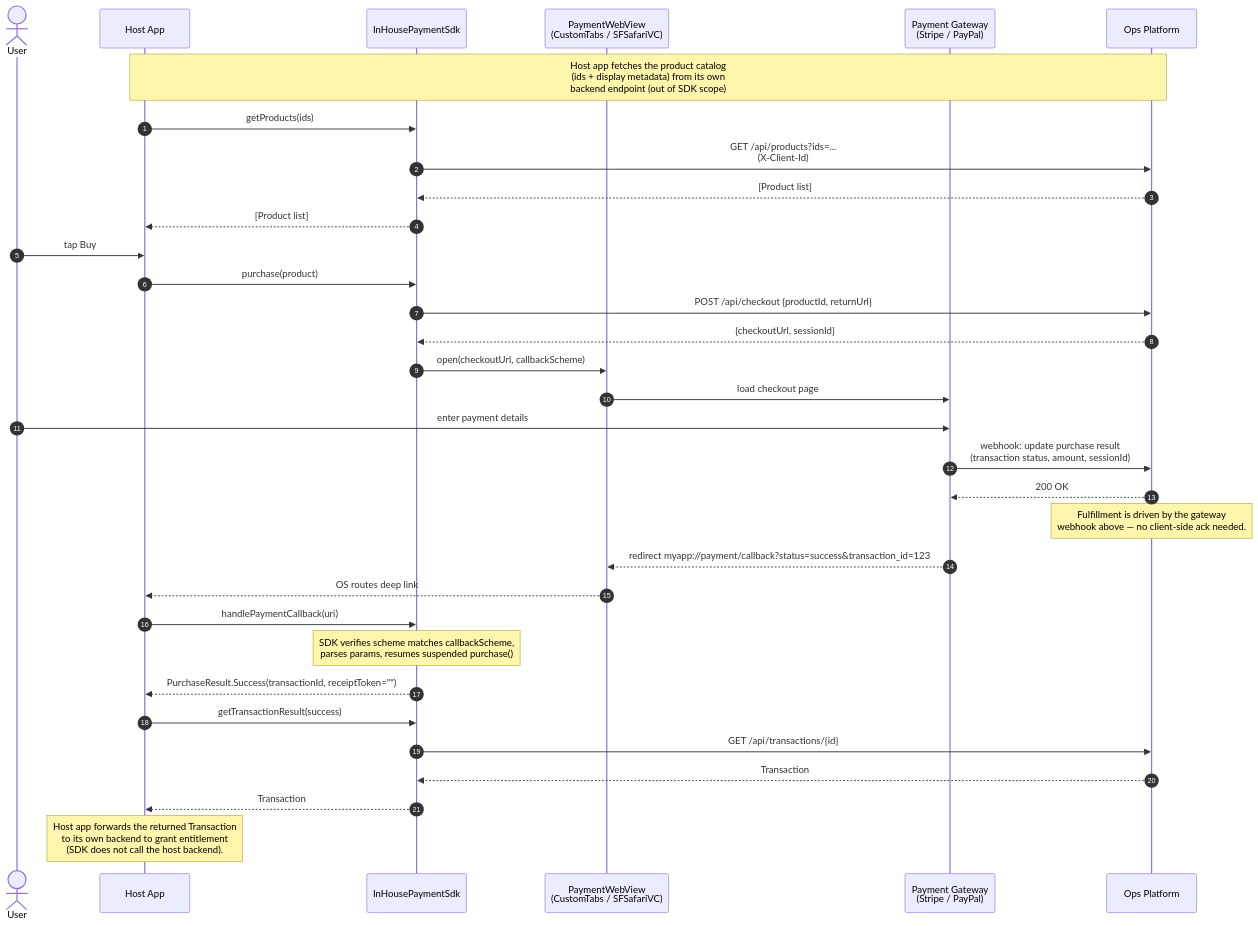
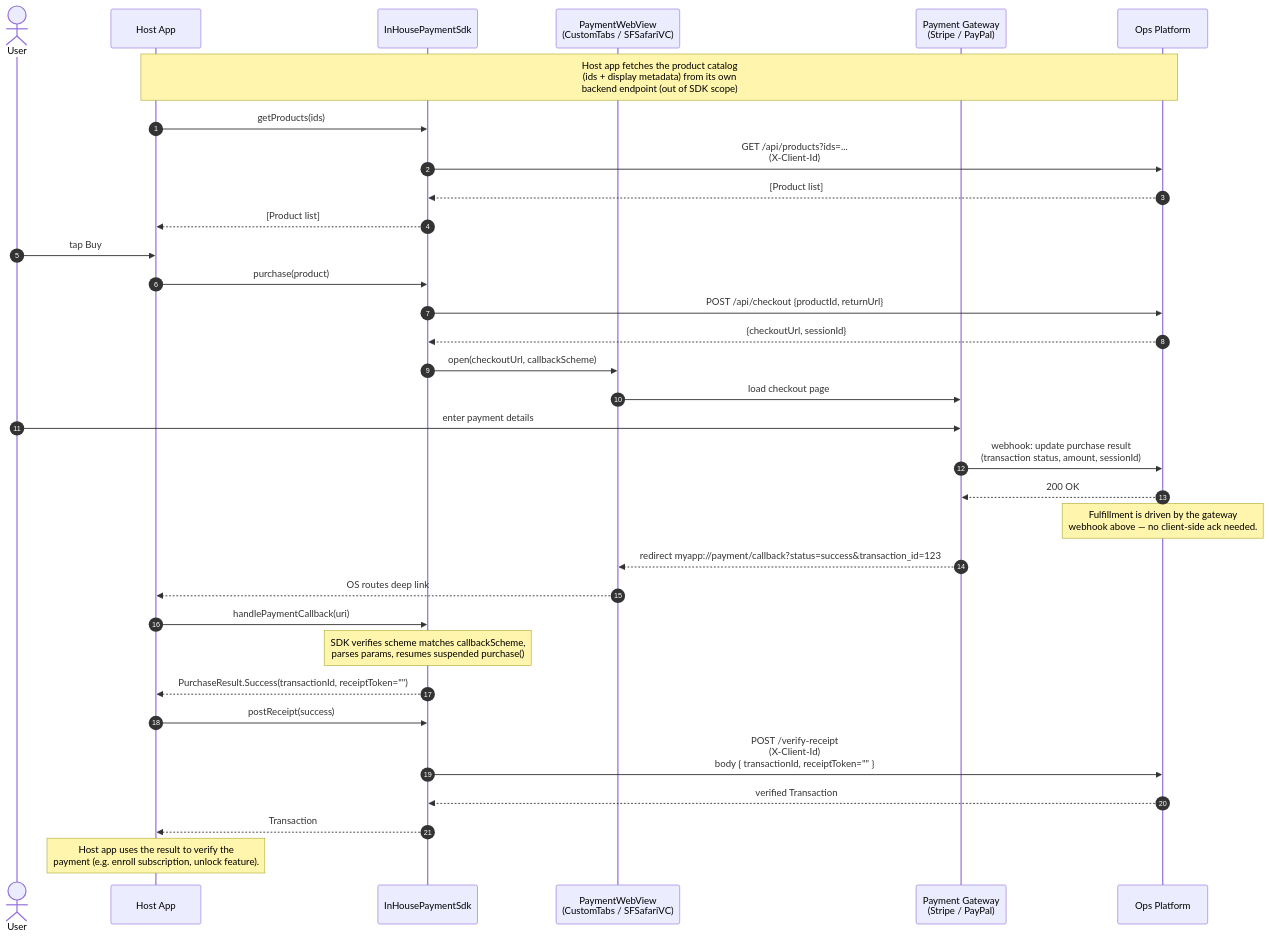
Before and after one commit to KhangTranUney/SharedPaymentSdk: the first of 2 diagrams in README.md, drawn with Mermaid. The commit also changed other lines of this file and 7 other files, not shown here.

First line of the commit message:
Rename getTransactionResult -> postReceipt, unify on POST /verify-receipt

````diff
--- a/README.md
+++ b/README.md
@@ -155,38 +155,38 @@
 ```mermaid
 sequenceDiagram
     autonumber
     actor User
     participant App as Host App
     participant SDK as InHousePaymentSdk
     participant Web as PaymentWebView<br/>(CustomTabs / SFSafariVC)
     participant GW as Payment Gateway<br/>(Stripe / PayPal)
     participant Ops as Ops Platform
 
     Note over App,Ops: Host app fetches the product catalog<br/>(ids + display metadata) from its own<br/>backend endpoint (out of SDK scope)
     App->>SDK: getProducts(ids)
     SDK->>Ops: GET /api/products?ids=...<br/>(X-Client-Id)
     Ops-->>SDK: [Product list]
     SDK-->>App: [Product list]
 
     User->>App: tap Buy
     App->>SDK: purchase(product)
     SDK->>Ops: POST /api/checkout {productId, returnUrl}
     Ops-->>SDK: {checkoutUrl, sessionId}
     SDK->>Web: open(checkoutUrl, callbackScheme)
     Web->>GW: load checkout page
     User->>GW: enter payment details
     GW->>Ops: webhook: update purchase result<br/>(transaction status, amount, sessionId)
     Ops-->>GW: 200 OK
     Note over Ops: Fulfillment is driven by the gateway<br/>webhook above — no client-side ack needed.
     GW-->>Web: redirect myapp://payment/callback?status=success&transaction_id=123
     Web-->>App: OS routes deep link
     App->>SDK: handlePaymentCallback(uri)
     Note over SDK: SDK verifies scheme matches callbackScheme,<br/>parses params, resumes suspended purchase()
     SDK-->>App: PurchaseResult.Success(transactionId, receiptToken="")
 
-    App->>SDK: getTransactionResult(success)
-    SDK->>Ops: GET /api/transactions/{id}
-    Ops-->>SDK: Transaction
+    App->>SDK: postReceipt(success)
+    SDK->>Ops: POST /verify-receipt<br/>(X-Client-Id)<br/>body { transactionId, receiptToken="" }
+    Ops-->>SDK: verified Transaction
     SDK-->>App: Transaction
-    Note over App: Host app forwards the returned Transaction<br/>to its own backend to grant entitlement<br/>(SDK does not call the host backend).
+    Note over App: Host app uses the result to verify the<br/>payment (e.g. enroll subscription, unlock feature).
 ```
````
